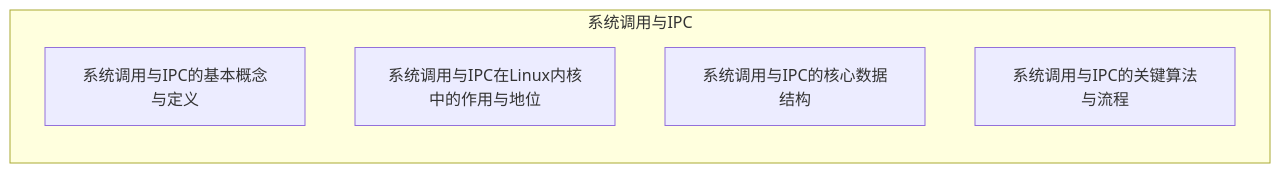
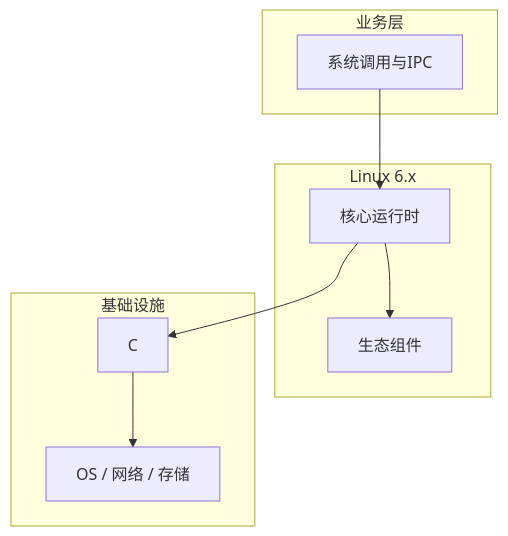
One commit to yanggan2015/knowledge-json-v2 changed the diagram in articles/Linux内核/chapters/175-系统调用与IPC的对比与选型.md. Above: the diagram before and after it, drawn with Mermaid. The commit also changed other lines of this file and 10127 other files, not shown here.

````diff
--- a/articles/Linux内核/chapters/175-系统调用与IPC的对比与选型.md
+++ b/articles/Linux内核/chapters/175-系统调用与IPC的对比与选型.md
@@ -45,9 +34,18 @@
 ```mermaid
-graph LR
-    subgraph 系统调用与IPC
-        C0[系统调用与IPC的基本概念与定义]
-        C1[系统调用与IPC在Linux内核中的作用与地位]
-        C2[系统调用与IPC的核心数据结构]
-        C3[系统调用与IPC的关键算法与流程]
+graph TB
+    subgraph 业务层
+        A[系统调用与IPC]
     end
+    subgraph Linux 6.x
+        B[核心运行时]
+        C[生态组件]
+    end
+    subgraph 基础设施
+        D[C]
+        E[OS / 网络 / 存储]
+    end
+    A --> B
+    B --> C
+    B --> D
+    D --> E
 ```
````
